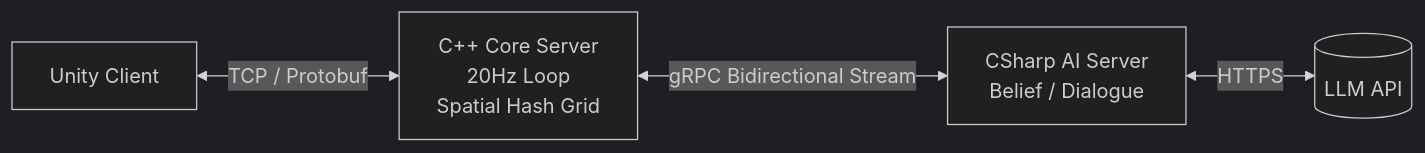
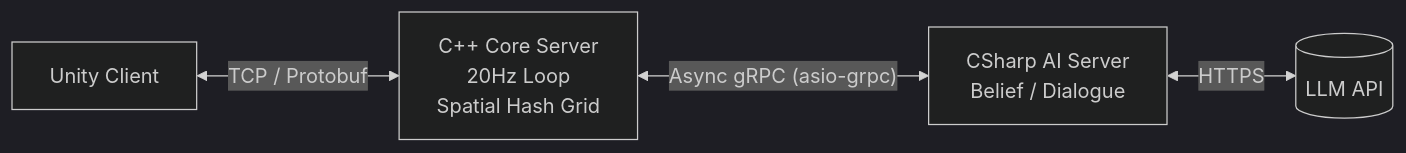
Before and after one commit to jin20203458/jin20203458: the second of 2 diagrams in README.md, drawn with Mermaid (dark theme).

````diff
--- a/README.md
+++ b/README.md
@@ -66,6 +66,6 @@
 ```mermaid
 flowchart LR
     Unity["Unity Client"] <-->|"TCP / Protobuf"| CPP["C++ Core Server<br/>20Hz Loop<br/>Spatial Hash Grid"]
-    CPP <-->|"gRPC Bidirectional Stream"| CS["CSharp AI Server<br/>Belief / Dialogue"]
+    CPP <-->|"Async gRPC (asio-grpc)"| CS["CSharp AI Server<br/>Belief / Dialogue"]
     CS <-->|"HTTPS"| LLM[("LLM API")]
 ```
````
